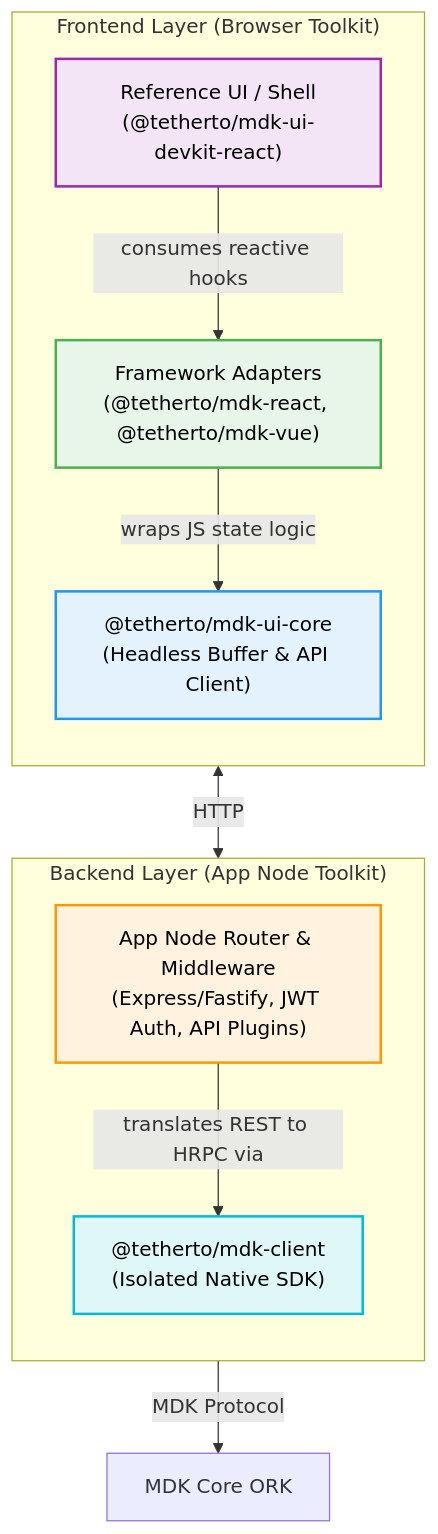
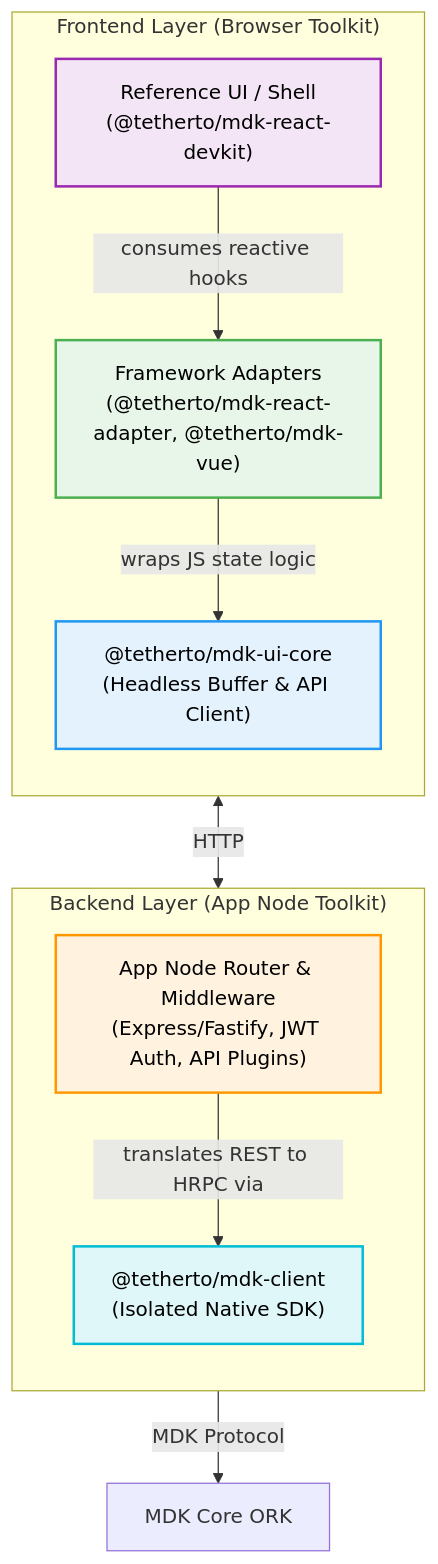
Before and after one commit to Gio-Galt/mdk-be: the diagram in docs/hld-mdk-app.md, drawn with Mermaid. The commit also changed other lines of this file and 8 other files, not shown here.

````diff
--- a/docs/hld-mdk-app.md
+++ b/docs/hld-mdk-app.md
@@ -166,29 +166,29 @@
 ```mermaid
 flowchart TD
     subgraph "Frontend Layer (Browser Toolkit)"
         direction TB
-        UI_COMPS["Reference UI / Shell<br/>(@tetherto/mdk-ui-devkit-react)"]
-        FRAMEWORKS["Framework Adapters<br/>(@tetherto/mdk-react, @tetherto/mdk-vue)"]
+        UI_COMPS["Reference UI / Shell<br/>(@tetherto/mdk-react-devkit)"]
+        FRAMEWORKS["Framework Adapters<br/>(@tetherto/mdk-react-adapter, @tetherto/mdk-vue)"]
         UI_CORE["@tetherto/mdk-ui-core<br/>(Headless Buffer & API Client)"]
         
         UI_COMPS -->|"consumes reactive hooks"| FRAMEWORKS
         FRAMEWORKS -->|"wraps JS state logic"| UI_CORE
     end
 
     subgraph "Backend Layer (App Node Toolkit)"
         direction TB
         ROUTER["App Node Router & Middleware<br/>(Express/Fastify, JWT Auth, API Plugins)"]
         CLIENT["@tetherto/mdk-client<br/>(Isolated Native SDK)"]
         
         ROUTER -->|"translates REST to HRPC via"| CLIENT
     end
     
     UI_CORE <-->|"HTTP"| ROUTER
     CLIENT -->|"MDK Protocol"| ORK[MDK Core ORK]
     
     style UI_COMPS fill:#f3e5f5,stroke:#9c27b0,stroke-width:2px,color:#000
     style FRAMEWORKS fill:#e8f5e9,stroke:#4caf50,stroke-width:2px,color:#000
     style UI_CORE fill:#e3f2fd,stroke:#2196f3,stroke-width:2px,color:#000
     style ROUTER fill:#fff3e0,stroke:#ff9800,stroke-width:2px,color:#000
     style CLIENT fill:#e0f7fa,stroke:#00bcd4,stroke-width:2px,color:#000
 ```
````
